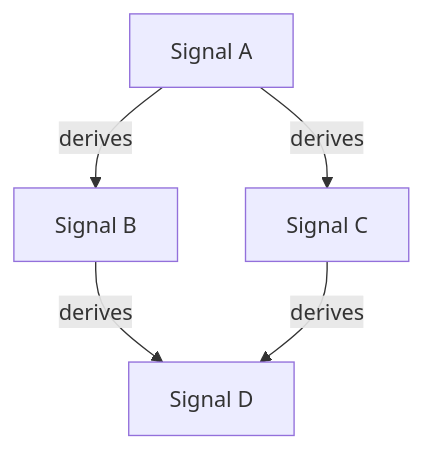
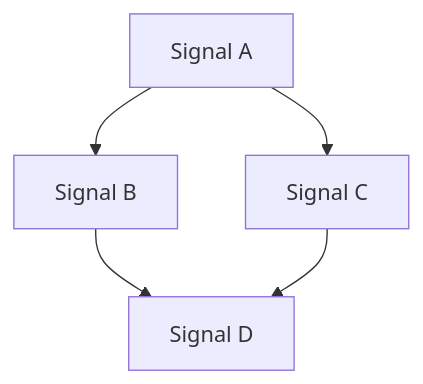
The first of 7 diagrams in signals/angular-signals-interview-guide.md (AshutoshChoubey/angular-interview-worldgyan.com), drawn with Mermaid before and after one commit. The commit also changed other lines of this file and 1 other file, not shown here.

Commit message:
fix(docs): fix Mermaid diagram syntax errors for GitHub rendering

````diff
--- a/signals/angular-signals-interview-guide.md
+++ b/signals/angular-signals-interview-guide.md
@@ -122,7 +122,7 @@
 ```mermaid
-graph TD
-    A["Signal A"] -->|derives| B["Signal B"]
-    A -->|derives| C["Signal C"]
-    B -->|derives| D["Signal D"]
-    C -->|derives| D
+flowchart TD
+    A["Signal A"] --> B["Signal B"]
+    A --> C["Signal C"]
+    B --> D["Signal D"]
+    C --> D
 ```
````
